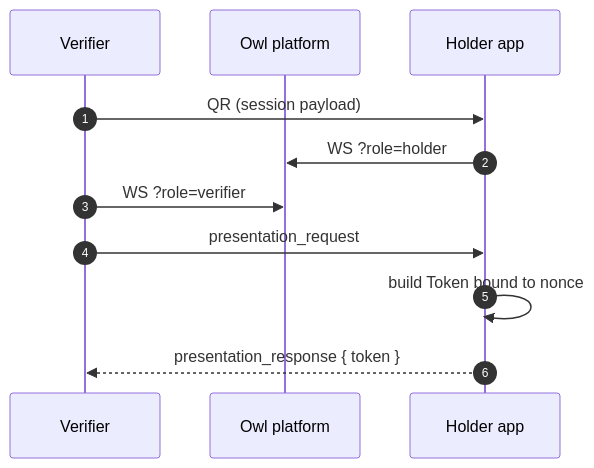
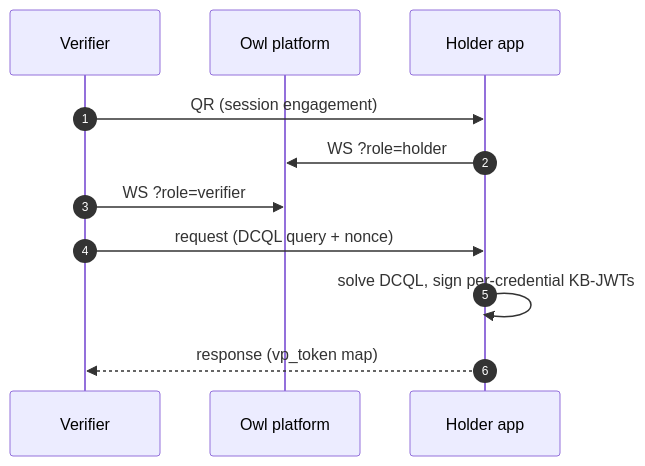
One commit to TriplePlayLabs/OWLID_RELEASE changed the diagram in packages/docs-site/docs/integration/holder.md. Above: the diagram before and after it, drawn with Mermaid. The commit also changed other lines of this file and 651 other files, not shown here.

````diff
--- a/packages/docs-site/docs/integration/holder.md
+++ b/packages/docs-site/docs/integration/holder.md
@@ -167,14 +162,14 @@
 ```mermaid
 sequenceDiagram
     autonumber
     participant V as Verifier
     participant Owl as Owl platform
     participant H as Holder app
 
-    V->>H: QR (session payload)
+    V->>H: QR (session engagement)
     H->>Owl: WS ?role=holder
     V->>Owl: WS ?role=verifier
-    V->>H: presentation_request
-    H->>H: build Token bound to nonce
-    H-->>V: presentation_response { token }
+    V->>H: request (DCQL query + nonce)
+    H->>H: solve DCQL, sign per-credential KB-JWTs
+    H-->>V: response (vp_token map)
 ```
````
